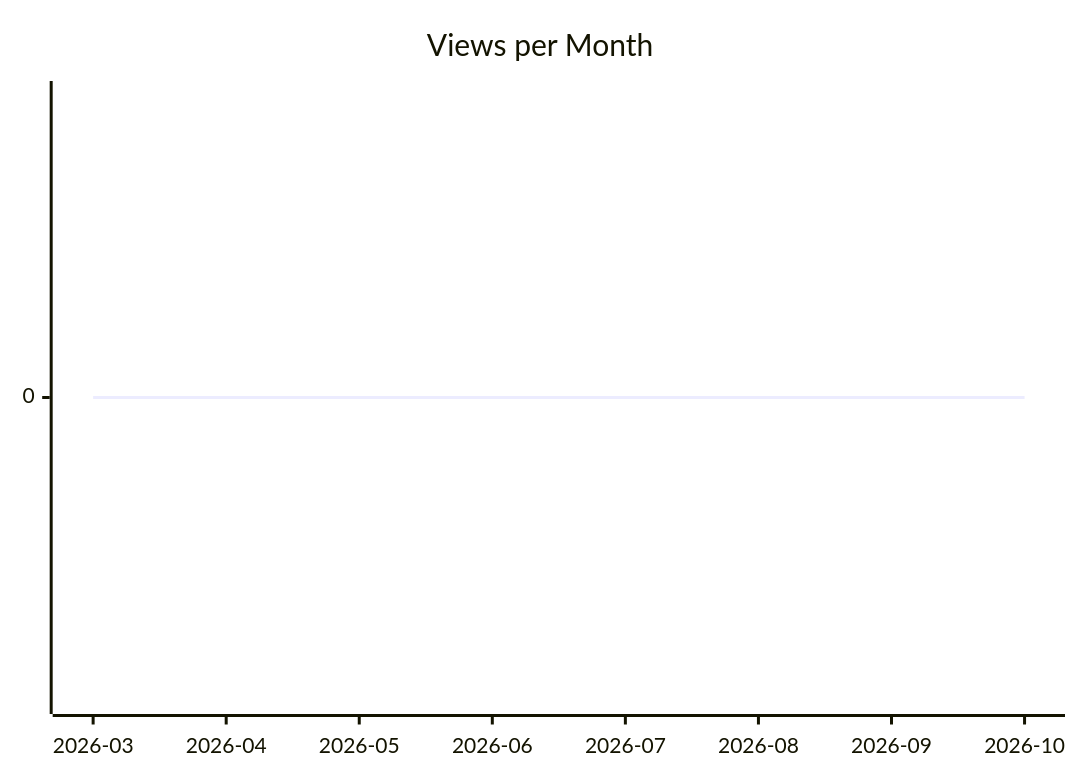
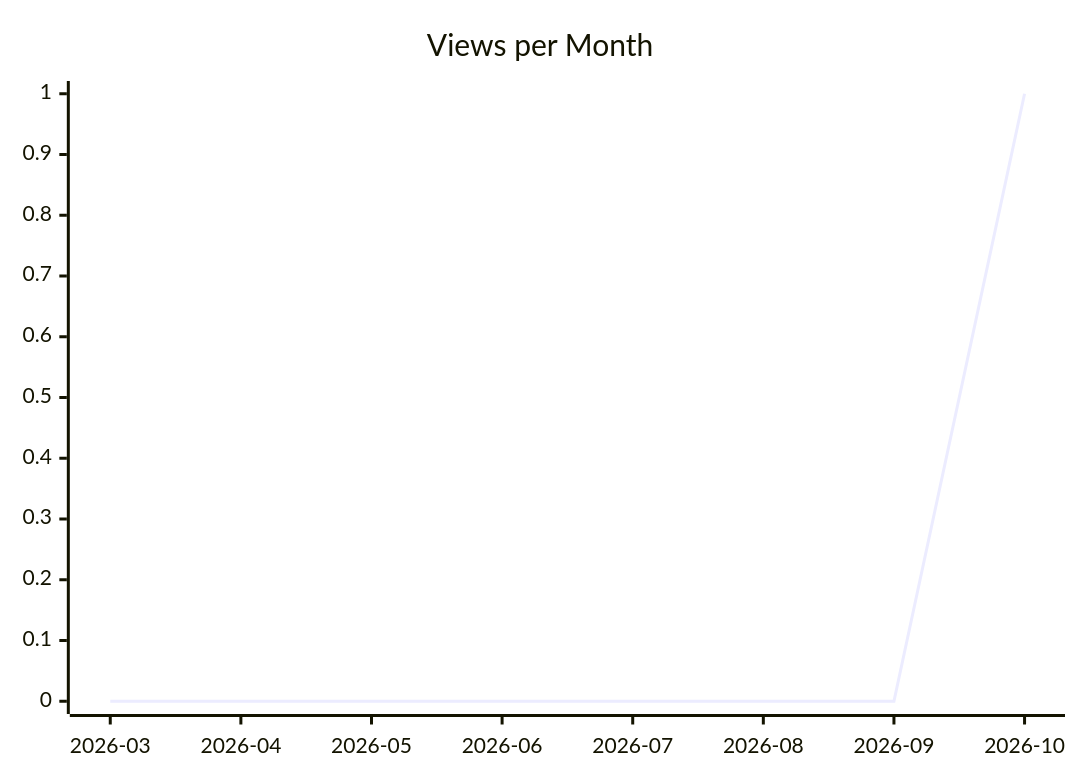
One commit to justdavis-family/github-analytics-data changed the second of 3 diagrams in karlmdavis/lego-ev3dev-rs/README.md. Above: the diagram before and after it, drawn with Mermaid. The commit also changed other lines of this file and 203 other files, not shown here.

````diff
--- a/karlmdavis/lego-ev3dev-rs/README.md
+++ b/karlmdavis/lego-ev3dev-rs/README.md
@@ -12,6 +12,6 @@
 ```mermaid
 xychart-beta
   title "Views per Month"
   x-axis ["2026-03", "2026-04", "2026-05", "2026-06", "2026-07", "2026-08", "2026-09", "2026-10"]
-  line [0, 0, 0, 0, 0, 0, 0, 0]
+  line [0, 0, 0, 0, 0, 0, 0, 1]
 ```
````
